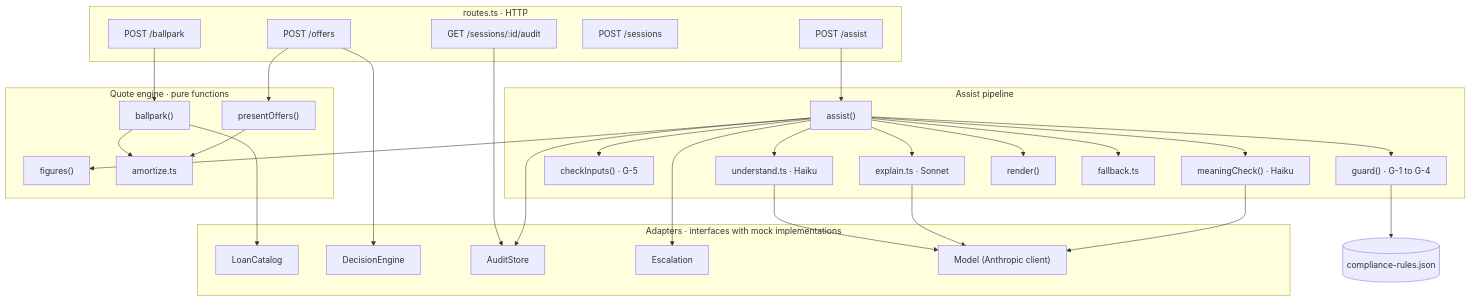
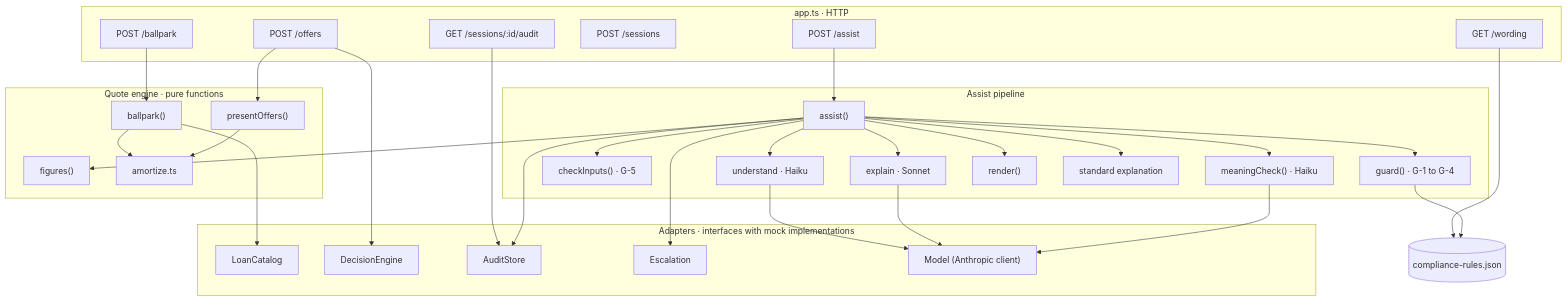
One commit to debudash/loanapp-contractorassist changed the second of 6 diagrams in docs/architecture.md. Above: the diagram before and after it, drawn with Mermaid. The commit also changed other lines of this file and 6 other files, not shown here.

````diff
--- a/docs/architecture.md
+++ b/docs/architecture.md
@@ -80,57 +81,59 @@
 ```mermaid
 flowchart TB
-  subgraph routes["routes.ts · HTTP"]
+  subgraph routes["app.ts · HTTP"]
     R1["POST /ballpark"]
     R2["POST /offers"]
     R3["POST /assist"]
     R0["POST /sessions"]
     R4["GET /sessions/:id/audit"]
+    R5["GET /wording"]
   end
 
   subgraph quote["Quote engine · pure functions"]
     QB["ballpark()"]
     QP["presentOffers()"]
     QF["figures()"]
     AM["amortize.ts"]
   end
 
   subgraph assist["Assist pipeline"]
     AS["assist()"]
-    UN["understand.ts · Haiku"]
+    UN["understand · Haiku"]
     IC["checkInputs() · G-5"]
-    EX["explain.ts · Sonnet"]
+    EX["explain · Sonnet"]
     GU["guard() · G-1 to G-4"]
     MC["meaningCheck() · Haiku"]
     RE["render()"]
-    FB["fallback.ts"]
+    FB["standard explanation"]
   end
 
   subgraph adapters["Adapters · interfaces with mock implementations"]
     LC["LoanCatalog"]
     DEI["DecisionEngine"]
     AL["AuditStore"]
     ES["Escalation"]
     MD["Model (Anthropic client)"]
   end
 
   RULES[("compliance-rules.json")]
 
   R1 --> QB
   R2 --> DEI
   R2 --> QP
   R3 --> AS
   R4 --> AL
+  R5 --> RULES
   QB --> LC
   QB --> AM
   QP --> AM
   AS --> UN --> MD
   AS --> IC
   AS --> EX --> MD
   AS --> GU --> RULES
   AS --> MC --> MD
   AS --> RE
   AS --> FB
   AS --> QF
   AS --> AL
   AS --> ES
 ```
````
